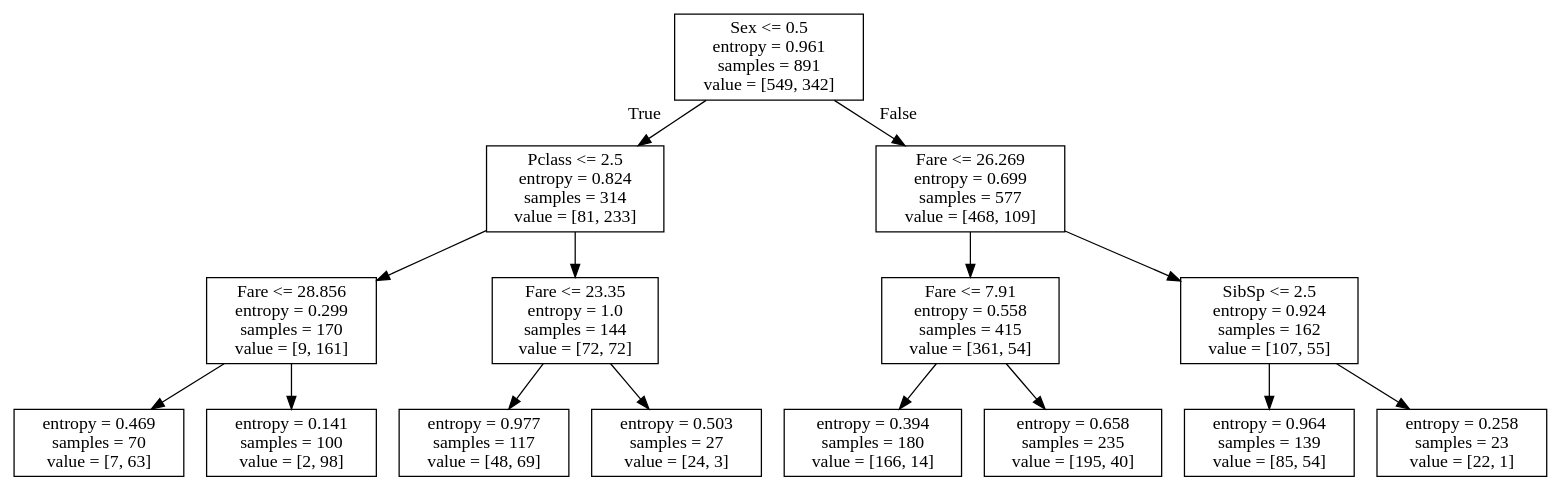
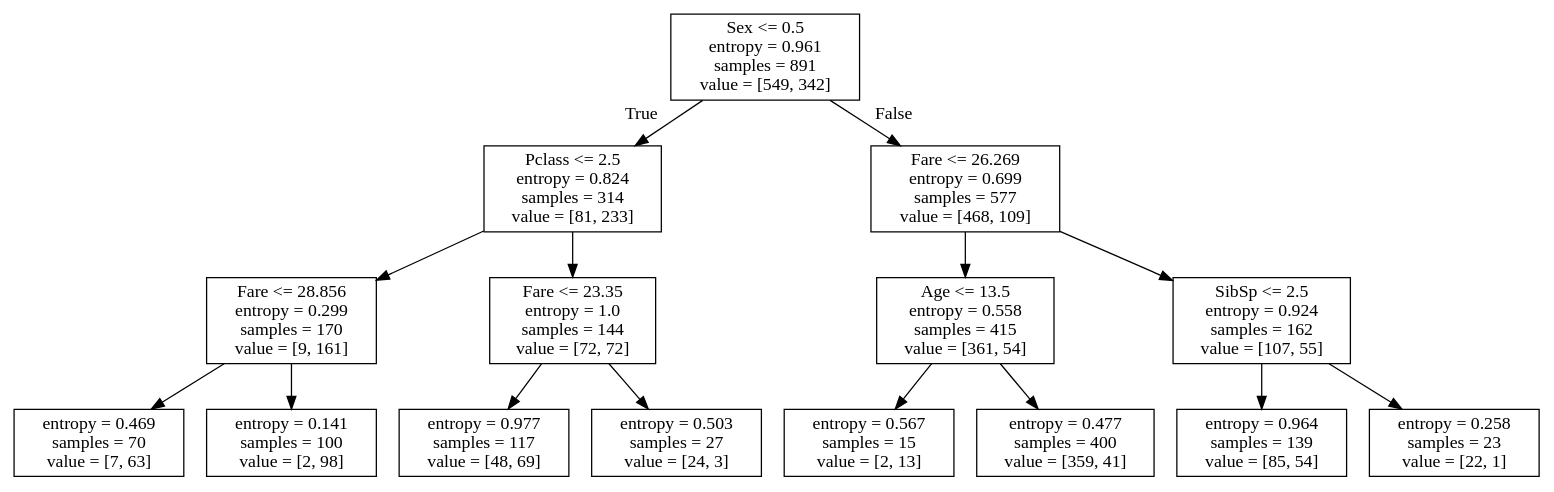
The diagram in dec_tree/data/titanic.dot (marvpaul/MachineLearningBasics), drawn with Graphviz before and after one commit. The commit also changed 3 other files, not shown here.

```diff
--- a/dec_tree/data/titanic.dot
+++ b/dec_tree/data/titanic.dot
@@ -1,32 +1,32 @@
 digraph Tree {
 node [shape=box] ;
 0 [label="Sex <= 0.5\nentropy = 0.961\nsamples = 891\nvalue = [549, 342]"] ;
 1 [label="Pclass <= 2.5\nentropy = 0.824\nsamples = 314\nvalue = [81, 233]"] ;
 0 -> 1 [labeldistance=2.5, labelangle=45, headlabel="True"] ;
 2 [label="Fare <= 28.856\nentropy = 0.299\nsamples = 170\nvalue = [9, 161]"] ;
 1 -> 2 ;
 3 [label="entropy = 0.469\nsamples = 70\nvalue = [7, 63]"] ;
 2 -> 3 ;
 4 [label="entropy = 0.141\nsamples = 100\nvalue = [2, 98]"] ;
 2 -> 4 ;
 5 [label="Fare <= 23.35\nentropy = 1.0\nsamples = 144\nvalue = [72, 72]"] ;
 1 -> 5 ;
 6 [label="entropy = 0.977\nsamples = 117\nvalue = [48, 69]"] ;
 5 -> 6 ;
 7 [label="entropy = 0.503\nsamples = 27\nvalue = [24, 3]"] ;
 5 -> 7 ;
 8 [label="Fare <= 26.269\nentropy = 0.699\nsamples = 577\nvalue = [468, 109]"] ;
 0 -> 8 [labeldistance=2.5, labelangle=-45, headlabel="False"] ;
-9 [label="Fare <= 7.91\nentropy = 0.558\nsamples = 415\nvalue = [361, 54]"] ;
+9 [label="Age <= 13.5\nentropy = 0.558\nsamples = 415\nvalue = [361, 54]"] ;
 8 -> 9 ;
-10 [label="entropy = 0.394\nsamples = 180\nvalue = [166, 14]"] ;
+10 [label="entropy = 0.567\nsamples = 15\nvalue = [2, 13]"] ;
 9 -> 10 ;
-11 [label="entropy = 0.658\nsamples = 235\nvalue = [195, 40]"] ;
+11 [label="entropy = 0.477\nsamples = 400\nvalue = [359, 41]"] ;
 9 -> 11 ;
 12 [label="SibSp <= 2.5\nentropy = 0.924\nsamples = 162\nvalue = [107, 55]"] ;
 8 -> 12 ;
 13 [label="entropy = 0.964\nsamples = 139\nvalue = [85, 54]"] ;
 12 -> 13 ;
 14 [label="entropy = 0.258\nsamples = 23\nvalue = [22, 1]"] ;
 12 -> 14 ;
 }
```
